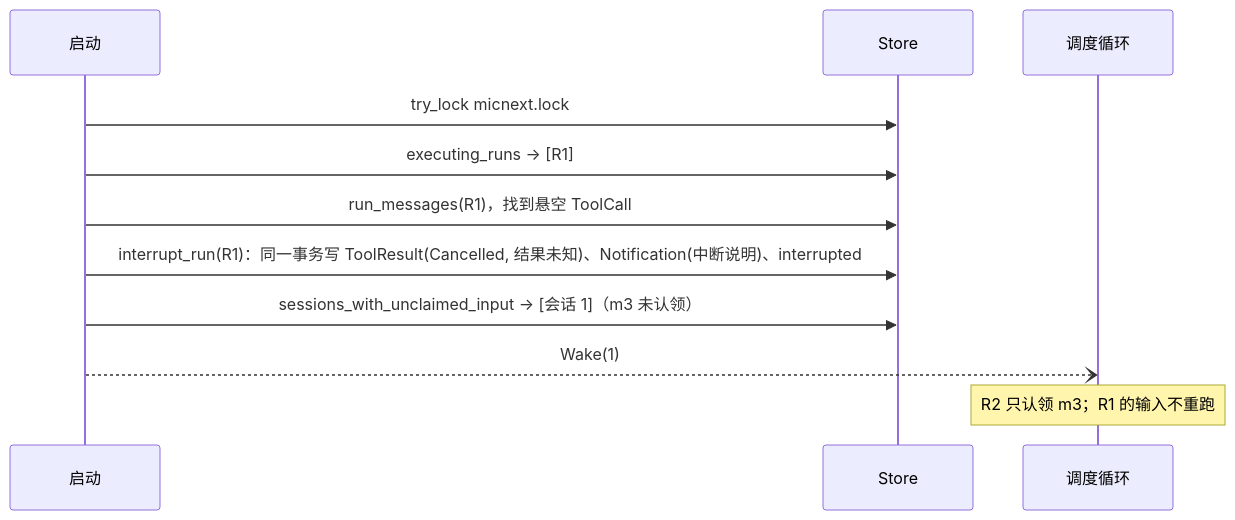
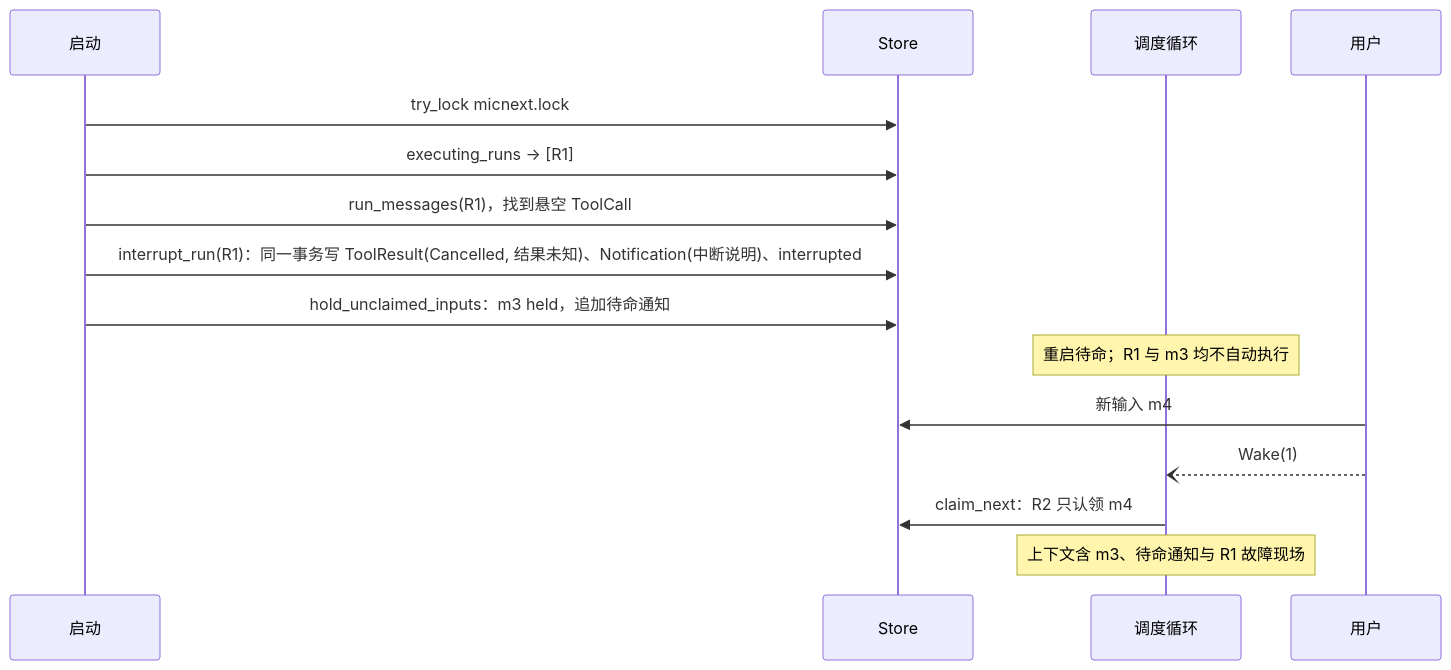
Before and after one commit to micsama/micnext: the fourth of 4 diagrams in docs/blueprints/run-execution.md, drawn with Mermaid. The commit also changed other lines of this file and 15 other files, not shown here.

````diff
--- a/docs/blueprints/run-execution.md
+++ b/docs/blueprints/run-execution.md
@@ -389,13 +394,17 @@
 ```mermaid
 sequenceDiagram
     participant R as 启动
     participant DB as Store
     participant S as 调度循环
+    participant U as 用户
     R->>DB: try_lock micnext.lock
     R->>DB: executing_runs → [R1]
     R->>DB: run_messages(R1)，找到悬空 ToolCall
     R->>DB: interrupt_run(R1)：同一事务写 ToolResult(Cancelled, 结果未知)、Notification(中断说明)、interrupted
-    R->>DB: sessions_with_unclaimed_input → [会话 1]（m3 未认领）
-    R--)S: Wake(1)
-    Note over S: R2 只认领 m3；R1 的输入不重跑
+    R->>DB: hold_unclaimed_inputs：m3 held，追加待命通知
+    Note over S: 重启待命；R1 与 m3 均不自动执行
+    U->>DB: 新输入 m4
+    U--)S: Wake(1)
+    S->>DB: claim_next：R2 只认领 m4
+    Note over S: 上下文含 m3、待命通知与 R1 故障现场
 ```
````
